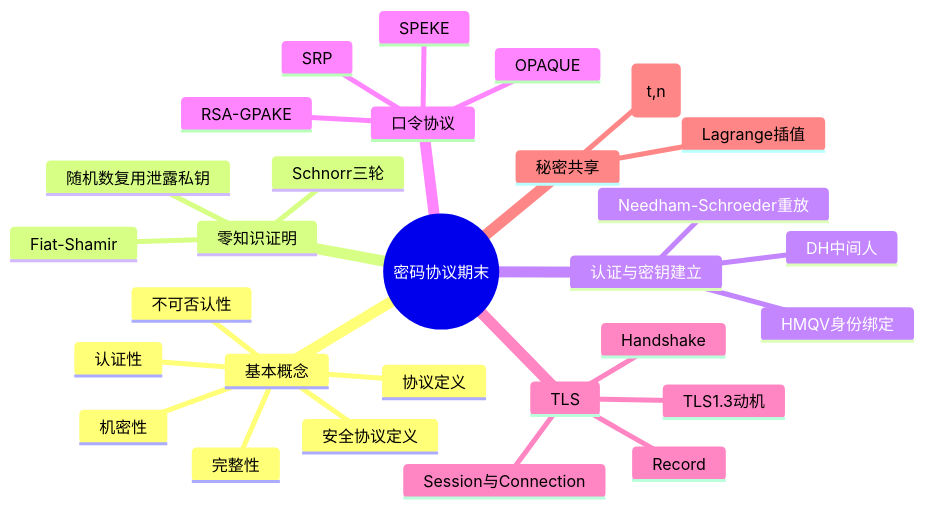
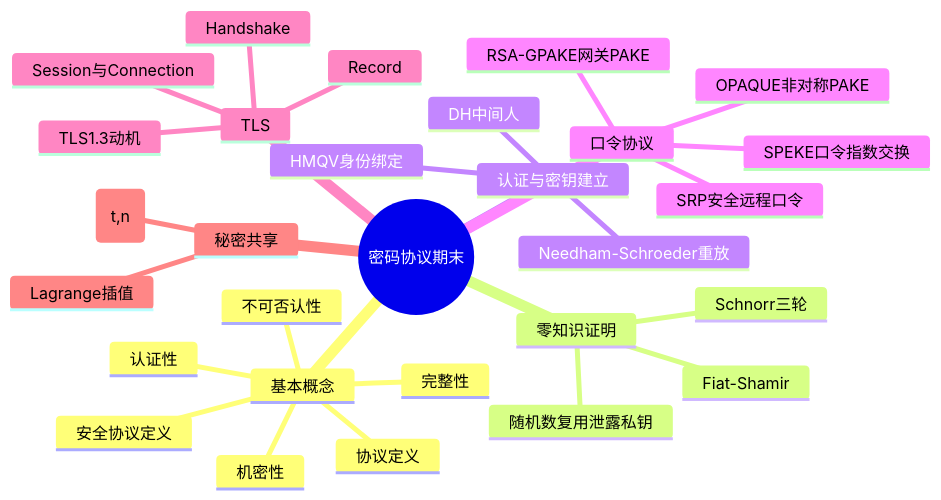
Before and after one commit to 22mouseok-crypto/obsidian-vault: the first of 21 diagrams in 大三下/密码协议/密码协议期末复习-Obsidian视觉版.md, drawn with Mermaid. The commit also changed other lines of this file, not shown here.

````diff
--- a/大三下/密码协议/密码协议期末复习-Obsidian视觉版.md
+++ b/大三下/密码协议/密码协议期末复习-Obsidian视觉版.md
@@ -18,32 +43,32 @@
 ```mermaid
 mindmap
   root((密码协议期末))
     基本概念
       协议定义
       安全协议定义
       认证性
       机密性
       完整性
       不可否认性
     零知识证明
       Schnorr三轮
       Fiat-Shamir
       随机数复用泄露私钥
     认证与密钥建立
       DH中间人
       HMQV身份绑定
       Needham-Schroeder重放
     口令协议
-      SPEKE
-      SRP
-      OPAQUE
-      RSA-GPAKE
+      SPEKE口令指数交换
+      SRP安全远程口令
+      OPAQUE非对称PAKE
+      RSA-GPAKE网关PAKE
     TLS
       Handshake
       Record
       Session与Connection
       TLS1.3动机
     秘密共享
       Shamir(t,n)
       Lagrange插值
 ```
````
